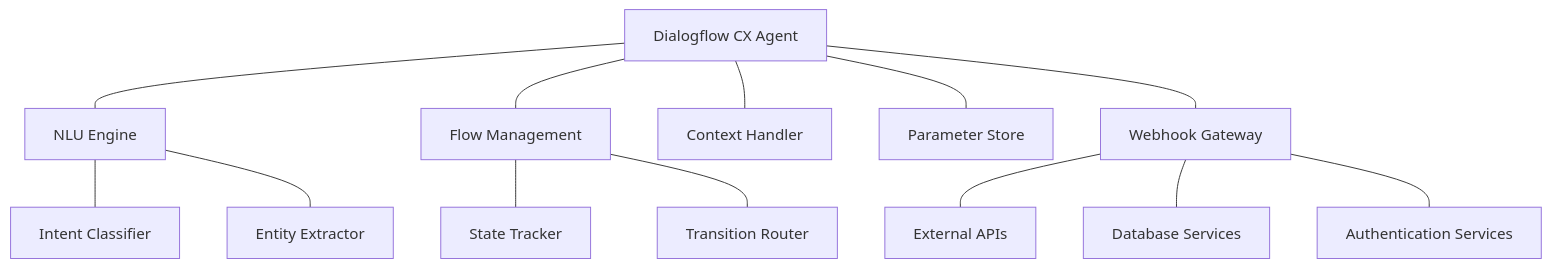
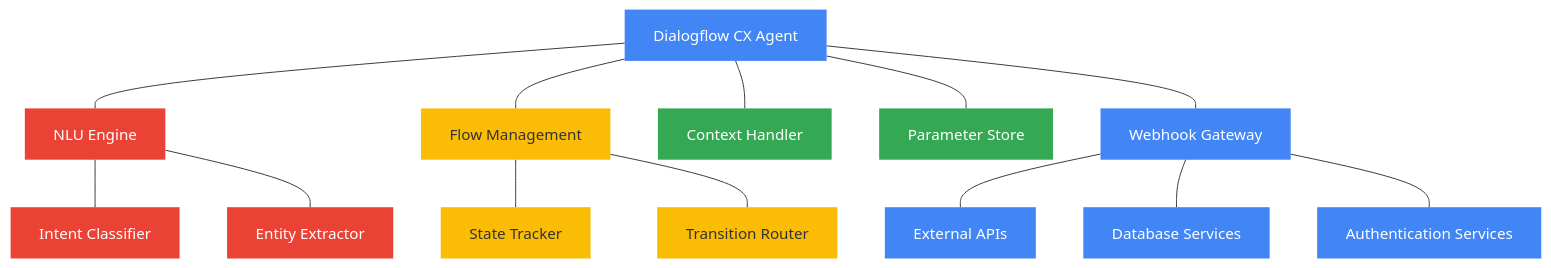
One commit to koradiaishita/herkey-chatbot changed the fourth of 6 diagrams in README.md. Above: the diagram before and after it, drawn with Mermaid. The commit also changed other lines of this file, not shown here.

Commit message:
Enhanced diagrams with Google brand color palette

````diff
--- a/README.md
+++ b/README.md
@@ -152,18 +178,31 @@
 ```mermaid
 flowchart TD
+    %% Google Brand Colors
+    classDef googleBlue fill:#4285F4,color:white,stroke:none
+    classDef googleRed fill:#EA4335,color:white,stroke:none
+    classDef googleYellow fill:#FBBC05,color:#333,stroke:none
+    classDef googleGreen fill:#34A853,color:white,stroke:none
+
     A[Dialogflow CX Agent] --- B[NLU Engine]
     A --- C[Flow Management]
     A --- D[Context Handler]
     A --- E[Parameter Store]
     A --- F[Webhook Gateway]
     
     B --- G[Intent Classifier]
     B --- H[Entity Extractor]
     
     C --- I[State Tracker]
     C --- J[Transition Router]
     
     F --- K[External APIs]
     F --- L[Database Services]
     F --- M[Authentication Services]
+
+    %% Apply Google Brand Colors
+    class A googleBlue
+    class B,G,H googleRed
+    class C,I,J googleYellow
+    class D,E googleGreen
+    class F,K,L,M googleBlue
 ```
````
